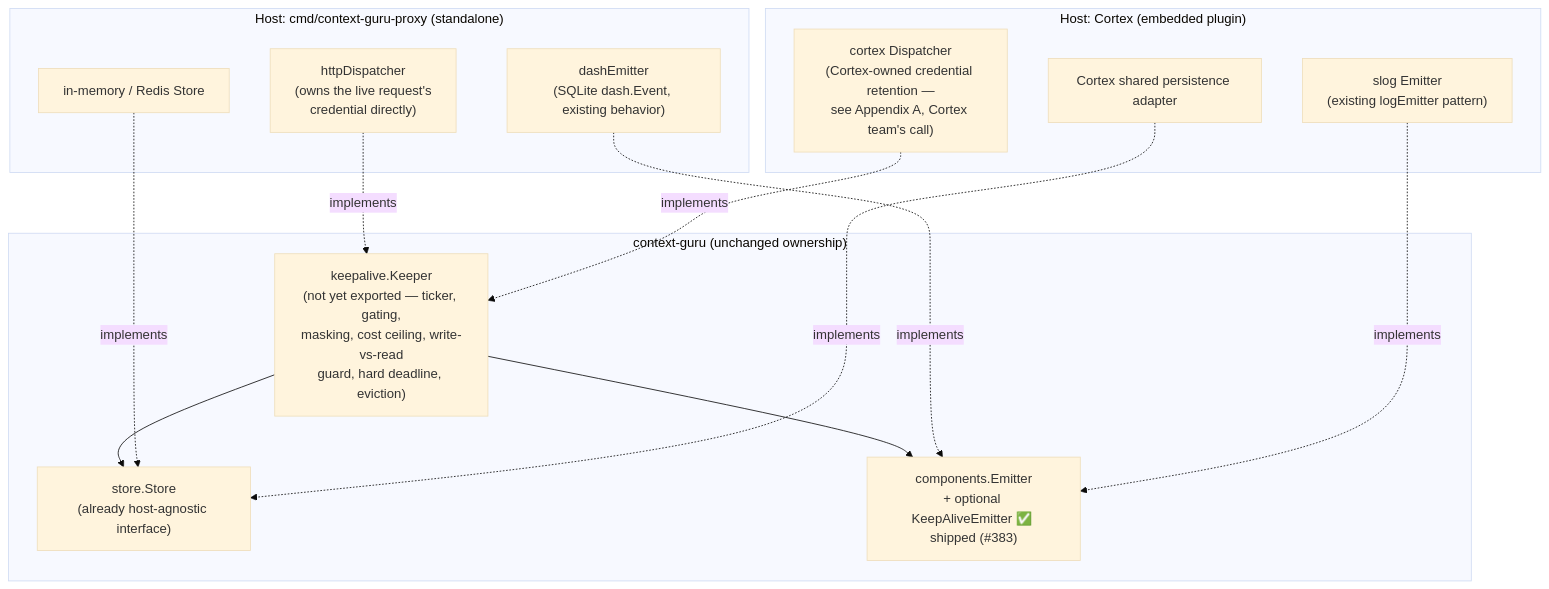
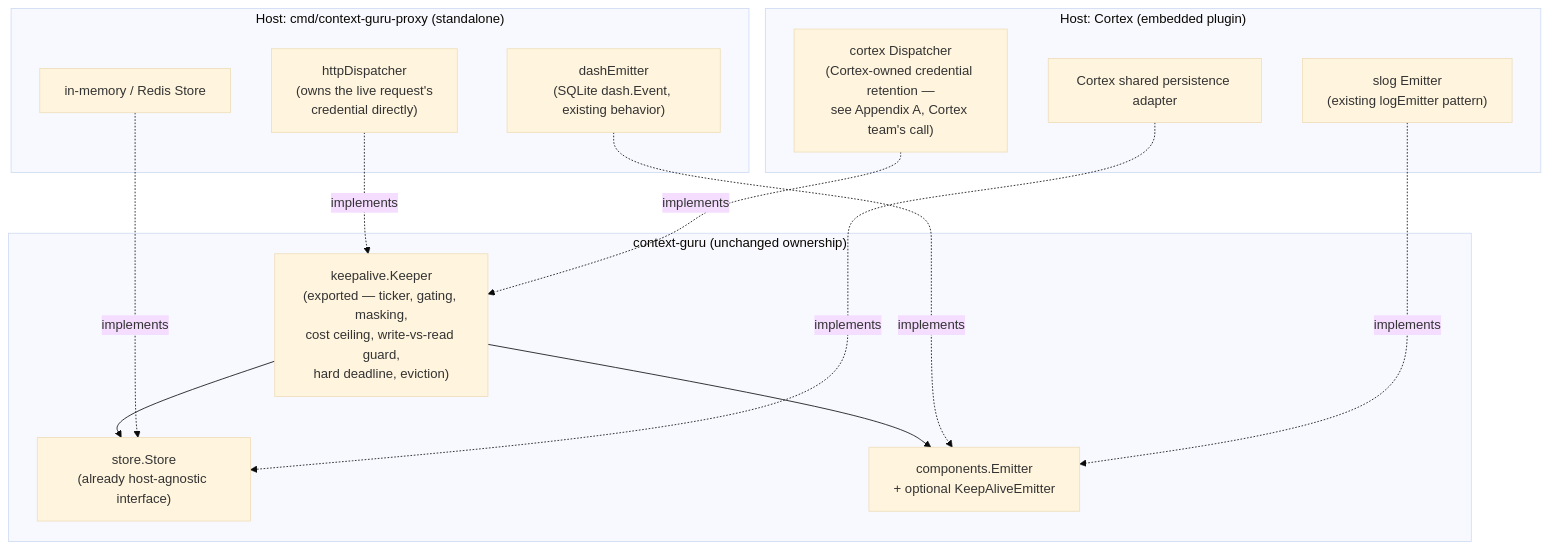
The second of 5 diagrams in docs/proposals/cortex-integration.md (rossoctl/context-guru), drawn with Mermaid (base theme) before and after one commit. The commit also changed other lines of this file, not shown here.

First line of the commit message:
docs: drop references to the already-shipped emitter decoupling

````diff
--- a/docs/proposals/cortex-integration.md
+++ b/docs/proposals/cortex-integration.md
@@ -60,29 +57,29 @@
 ```mermaid
 graph TB
     subgraph ContextGuru["context-guru (unchanged ownership)"]
-        KA["keepalive.Keeper<br/>(not yet exported — ticker, gating,<br/>masking, cost ceiling, write-vs-read<br/>guard, hard deadline, eviction)"]
+        KA["keepalive.Keeper<br/>(exported — ticker, gating, masking,<br/>cost ceiling, write-vs-read guard,<br/>hard deadline, eviction)"]
         ST["store.Store<br/>(already host-agnostic interface)"]
-        EM["components.Emitter<br/>+ optional KeepAliveEmitter ✅ shipped (#383)"]
+        EM["components.Emitter<br/>+ optional KeepAliveEmitter"]
         KA --> ST
         KA --> EM
     end
 
     subgraph Host1["Host: cmd/context-guru-proxy (standalone)"]
         D1["httpDispatcher<br/>(owns the live request's<br/>credential directly)"]
         E1["dashEmitter<br/>(SQLite dash.Event, existing behavior)"]
         S1["in-memory / Redis Store"]
     end
 
     subgraph Host2["Host: Cortex (embedded plugin)"]
         D2["cortex Dispatcher<br/>(Cortex-owned credential retention —<br/>see Appendix A, Cortex team's call)"]
         E2["slog Emitter<br/>(existing logEmitter pattern)"]
         S2["Cortex shared persistence adapter"]
     end
 
     D1 -. implements .-> KA
     E1 -. implements .-> EM
     S1 -. implements .-> ST
     D2 -. implements .-> KA
     E2 -. implements .-> EM
     S2 -. implements .-> ST
 ```
````
